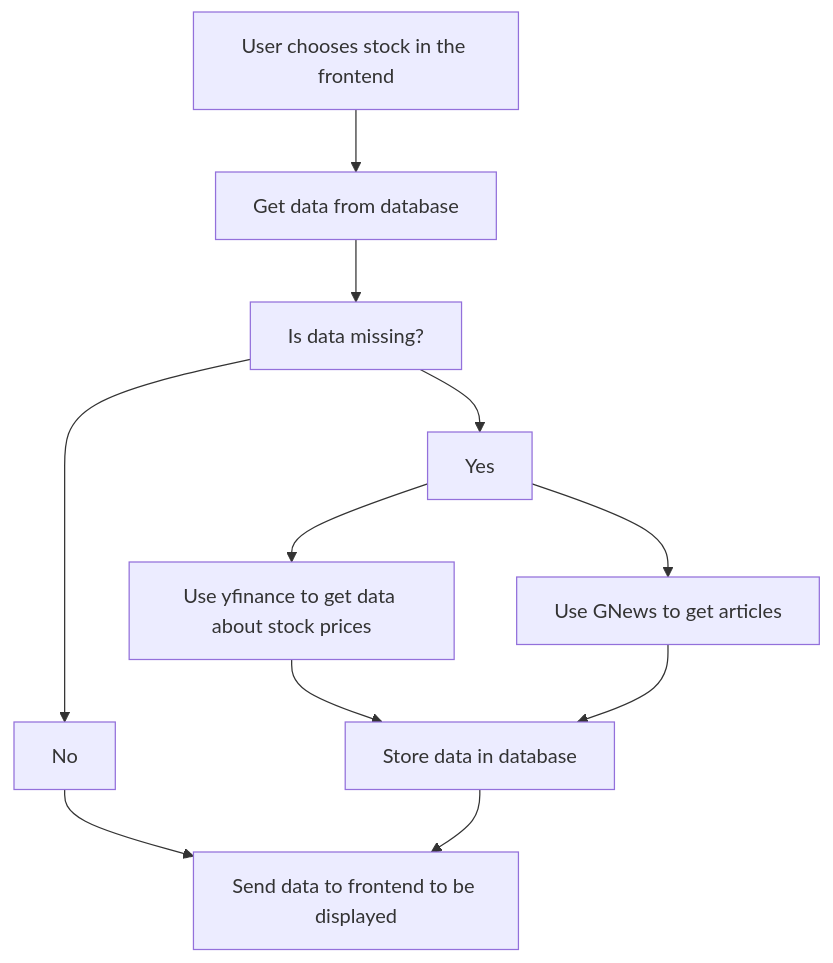
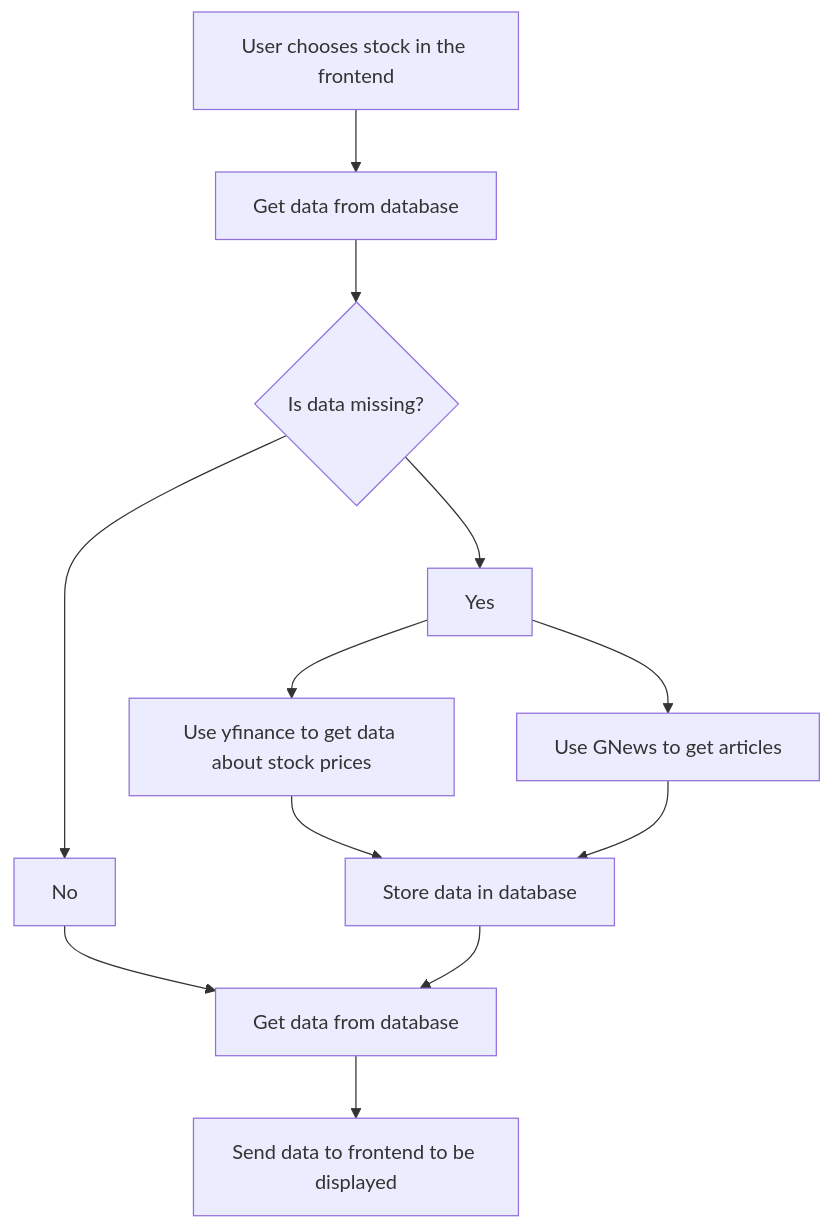
One commit to Amitav-Krishna/stock_news changed the diagram in README.md. Above: the diagram before and after it, drawn with Mermaid.

Commit message:
Changed project flow diagram

````diff
--- a/README.md
+++ b/README.md
@@ -19,13 +19,14 @@
 ```mermaid
 graph TD
     A[User chooses stock in the frontend] --> B[Get data from database]
-    B --> C[Is data missing?]
+    B --> C{Is data missing?}
     C --> D[No]
 	C --> E[Yes]
-	D --> F[Send data to frontend to be displayed]
+	D --> F[Get data from database]
     E --> G[Use yfinance to get data about stock prices]
     E --> H[Use GNews to get articles]
     G --> I[Store data in database]
     H --> I
     I --> F
+    F --> Z[Send data to frontend to be displayed]
 ```
````
